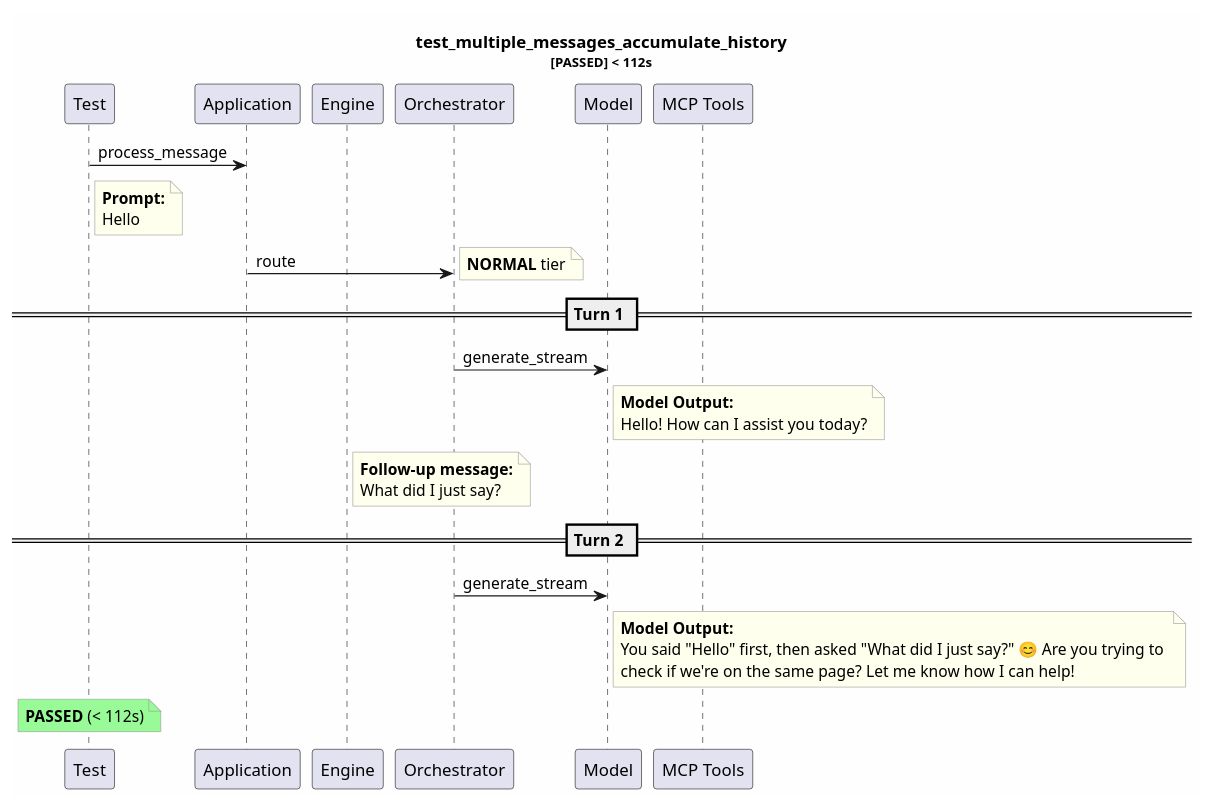
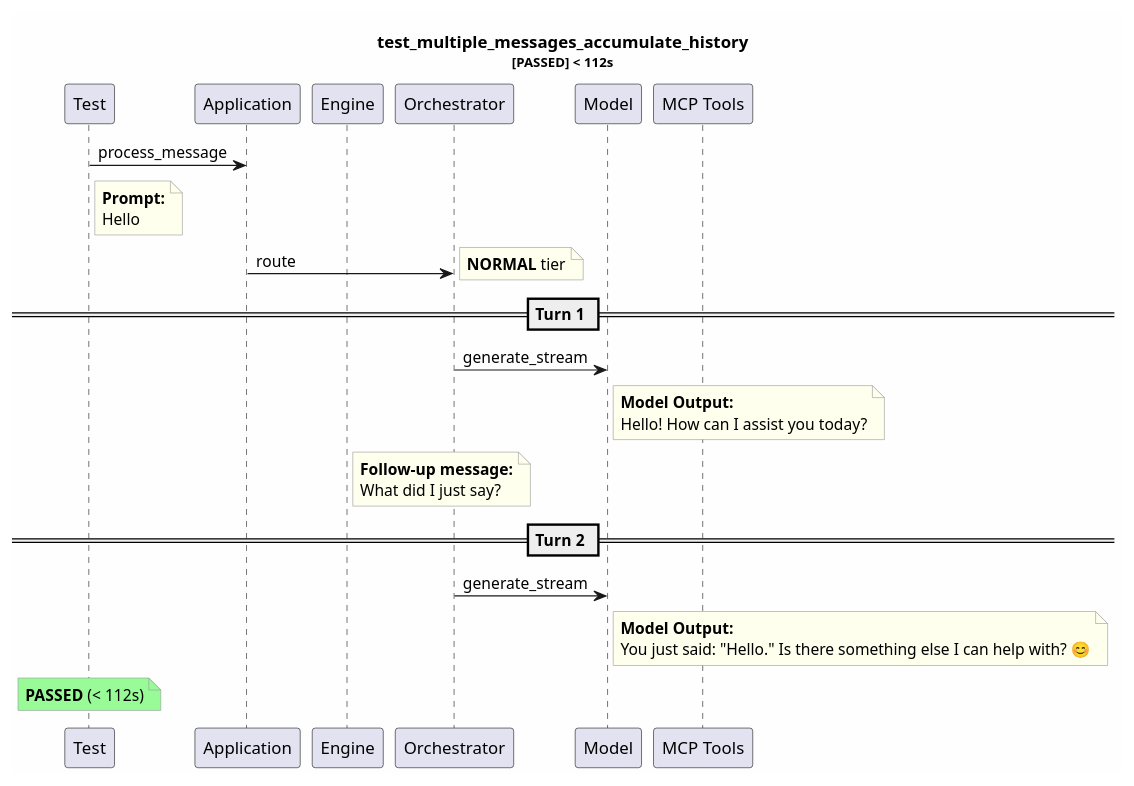
The diagram in test-reports/logs/test_multiple_messages_accumulate_history/test_multiple_messages_accumulate_history.puml (tvanfossen/entropic), drawn with PlantUML before and after one commit. The commit also changed 21 other files, not shown here.

```diff
--- a/test-reports/logs/test_multiple_messages_accumulate_history/test_multiple_messages_accumulate_history.puml
+++ b/test-reports/logs/test_multiple_messages_accumulate_history/test_multiple_messages_accumulate_history.puml
@@ -1,42 +1,41 @@
 @startuml
 skinparam backgroundColor #FEFEFE
 skinparam noteBorderColor #999999
 skinparam noteBackgroundColor #FFFFEE
 title test_multiple_messages_accumulate_history\n<size:11>[PASSED] < 112s</size>
 
 participant "Test" as T
 participant "Application" as App
 participant "Engine" as Eng
 participant "Orchestrator" as Orch
 participant "Model" as Mdl
 participant "MCP Tools" as MCP
 
 T -> App: process_message
 note right of T
   **Prompt:**
   Hello
 end note
 App -> Orch: route
 note right: **NORMAL** tier
 == Turn 1 ==
 Orch -> Mdl: generate_stream
 note right of Mdl
   **Model Output:**
   Hello! How can I assist you today?
 end note
 note right of Eng
   **Follow-up message:**
   What did I just say?
 end note
 == Turn 2 ==
 Orch -> Mdl: generate_stream
 note right of Mdl
   **Model Output:**
-  You said "Hello" first, then asked "What did I just say?" 😊 Are you trying to 
-  check if we're on the same page? Let me know how I can help!
+  You just said: "Hello." Is there something else I can help with? 😊
 end note
 note over T #palegreen
   **PASSED** (< 112s)
 end note
 
 @enduml
```
